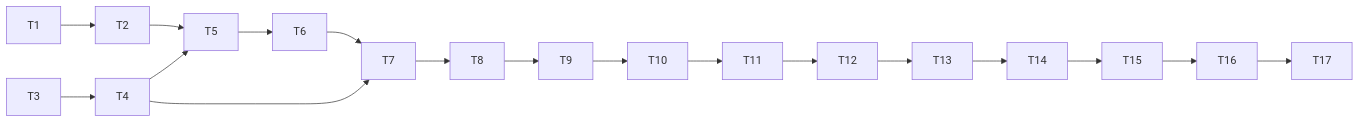
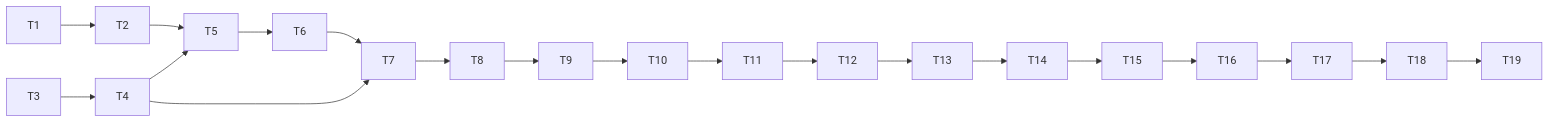
The diagram in docs/沙箱黑盒入口与上下文复用20261008/TASK_沙箱黑盒入口与上下文复用.md (OUTLElijiadong/llm-agent-code-review), drawn with Mermaid before and after one commit. The commit also changed other lines of this file and 9 other files, not shown here.

````diff
--- a/docs/沙箱黑盒入口与上下文复用20261008/TASK_沙箱黑盒入口与上下文复用.md
+++ b/docs/沙箱黑盒入口与上下文复用20261008/TASK_沙箱黑盒入口与上下文复用.md
@@ -26,20 +28,22 @@
 ```mermaid
 flowchart LR
   T1 --> T2
   T3 --> T4
   T2 --> T5
   T4 --> T5
   T5 --> T6
   T4 --> T7
   T6 --> T7
   T7 --> T8
   T8 --> T9
   T9 --> T10
   T10 --> T11
   T11 --> T12
   T12 --> T13
   T13 --> T14
   T14 --> T15
   T15 --> T16
   T16 --> T17
+  T17 --> T18
+  T18 --> T19
 ```
````
